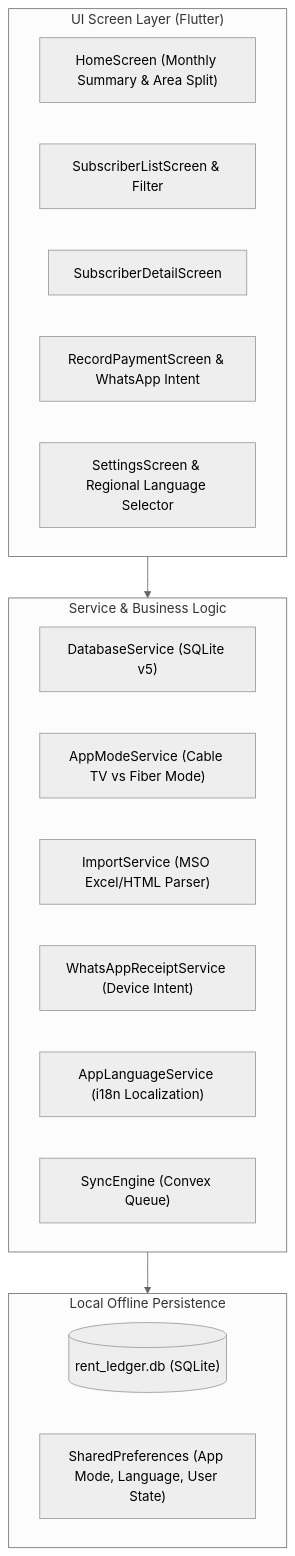
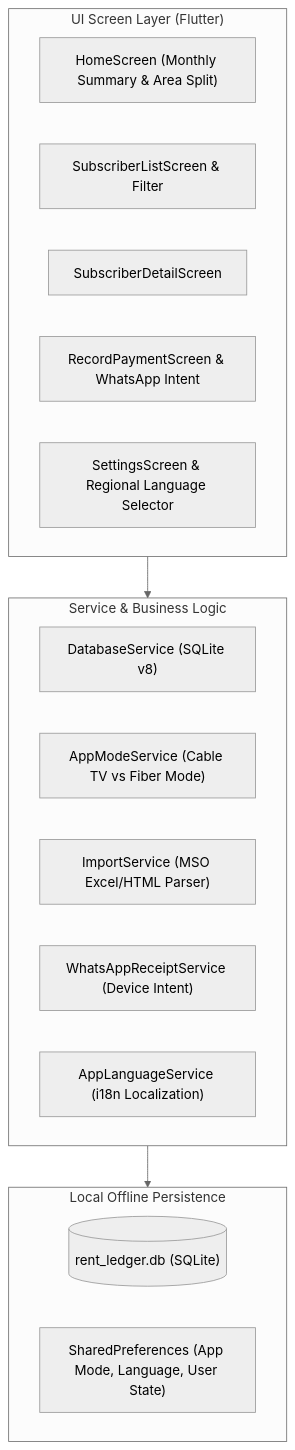
The first of 2 diagrams in docs/05-product-architecture-and-roadmap.md (g2m7/collection_book), drawn with Mermaid (neutral theme) before and after one commit. The commit also changed other lines of this file and 14 other files, not shown here.

````diff
--- a/docs/05-product-architecture-and-roadmap.md
+++ b/docs/05-product-architecture-and-roadmap.md
@@ -7,27 +19,26 @@
 ```mermaid
 flowchart TD
     subgraph UI_Layer["UI Screen Layer (Flutter)"]
         A["HomeScreen (Monthly Summary & Area Split)"]
         B["SubscriberListScreen & Filter"]
         C["SubscriberDetailScreen"]
         D["RecordPaymentScreen & WhatsApp Intent"]
         E["SettingsScreen & Regional Language Selector"]
     end
 
     subgraph Service_Layer["Service & Business Logic"]
-        F["DatabaseService (SQLite v5)"]
+        F["DatabaseService (SQLite v8)"]
         G["AppModeService (Cable TV vs Fiber Mode)"]
         H["ImportService (MSO Excel/HTML Parser)"]
         I["WhatsAppReceiptService (Device Intent)"]
         J["AppLanguageService (i18n Localization)"]
-        K["SyncEngine (Convex Queue)"]
     end
 
     subgraph Storage_Layer["Local Offline Persistence"]
         L[("rent_ledger.db (SQLite)")]
         M["SharedPreferences (App Mode, Language, User State)"]
     end
 
     UI_Layer --> Service_Layer
     Service_Layer --> Storage_Layer
 ```
````
